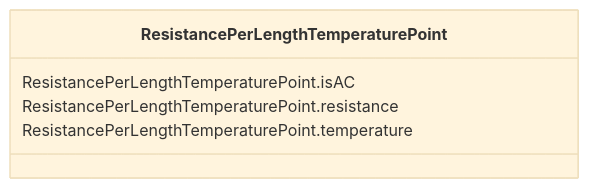
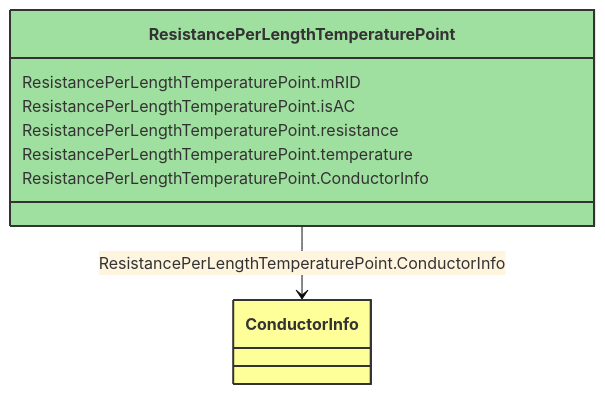
Before and after one commit to 3lbits/NoCIMExtensions: the diagram in docs/SubseaCableInfo/ResistancePerLengthTemperaturePoint.md, drawn with Mermaid (base theme). The commit also changed other lines of this file and 212 other files, not shown here.

````diff
--- a/docs/SubseaCableInfo/ResistancePerLengthTemperaturePoint.md
+++ b/docs/SubseaCableInfo/ResistancePerLengthTemperaturePoint.md
@@ -11,12 +8,19 @@
 ```mermaid
- classDiagram
+classDiagram
     class ResistancePerLengthTemperaturePoint
     click ResistancePerLengthTemperaturePoint href "../ResistancePerLengthTemperaturePoint"
-      ResistancePerLengthTemperaturePoint : ResistancePerLengthTemperaturePoint.isAC
-        
-      ResistancePerLengthTemperaturePoint : ResistancePerLengthTemperaturePoint.resistance
-        
-      ResistancePerLengthTemperaturePoint : ResistancePerLengthTemperaturePoint.temperature
-        
-      
+    style ResistancePerLengthTemperaturePoint fill:#9fdf9f,stroke:#333,stroke-width:2px,rx:10,ry:10
+
+        ResistancePerLengthTemperaturePoint --> ConductorInfo : ResistancePerLengthTemperaturePoint.ConductorInfo
+
+        ConductorInfo
+            click ConductorInfo href "../ConductorInfo"
+            style ConductorInfo fill:#ffff99,stroke:#333,stroke-width:2px,rx:10,ry:10
+
+
+        ResistancePerLengthTemperaturePoint : ResistancePerLengthTemperaturePoint.mRID
+        ResistancePerLengthTemperaturePoint : ResistancePerLengthTemperaturePoint.isAC
+        ResistancePerLengthTemperaturePoint : ResistancePerLengthTemperaturePoint.resistance
+        ResistancePerLengthTemperaturePoint : ResistancePerLengthTemperaturePoint.temperature
+        ResistancePerLengthTemperaturePoint : ResistancePerLengthTemperaturePoint.ConductorInfo
 ```
````
